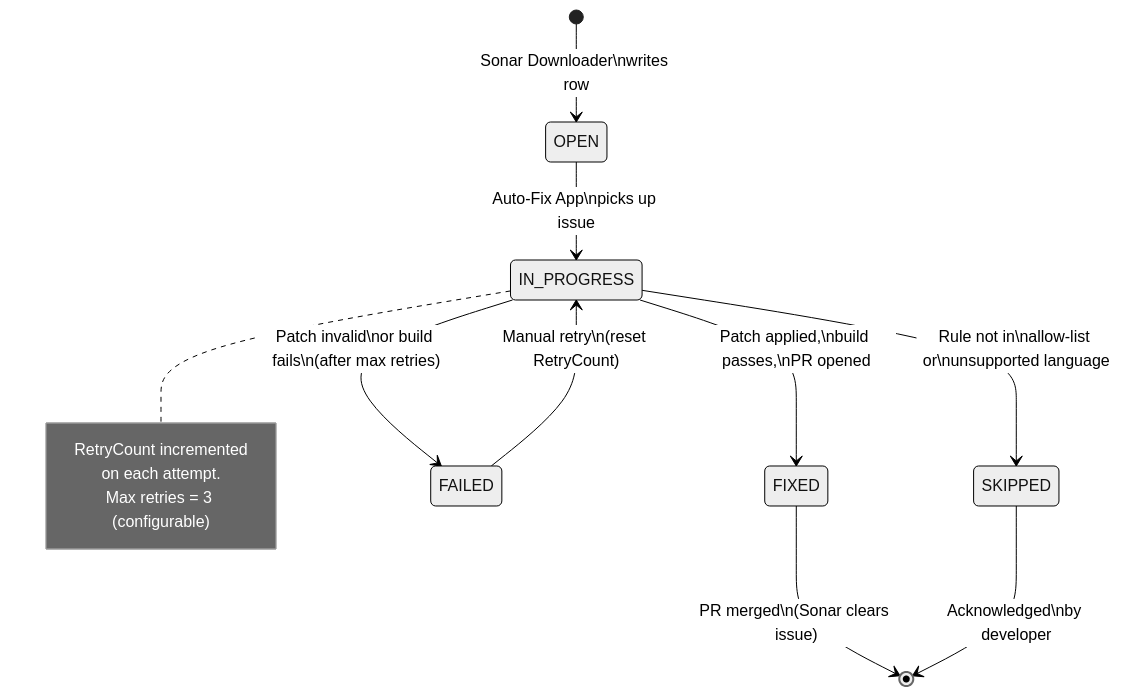
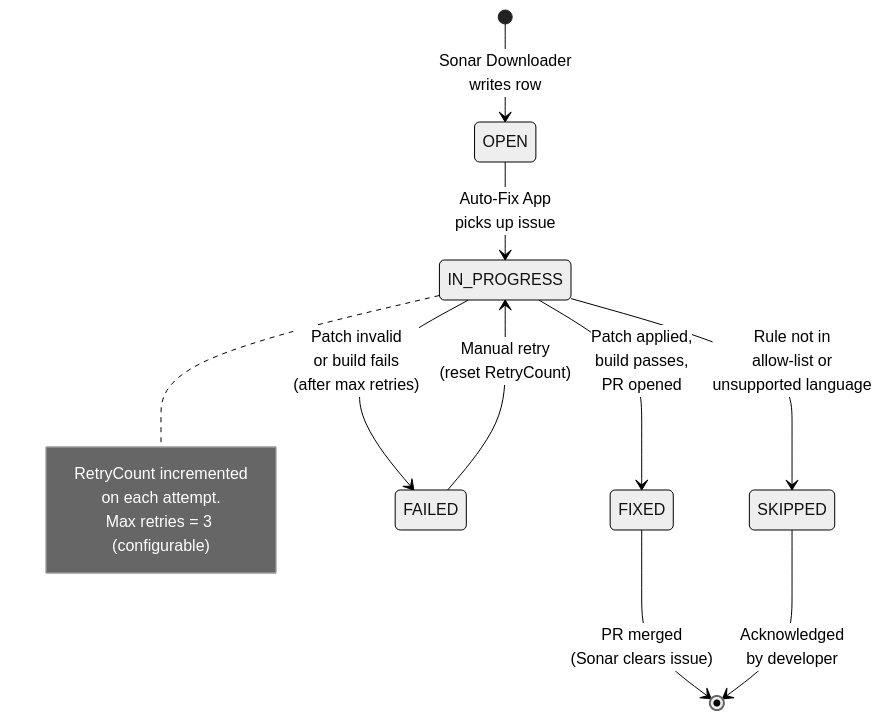
Before and after one commit to HiteshDutt/sonar-auto-fix-test: the fifth of 10 diagrams in README.md, drawn with Mermaid (neutral theme). The commit also changed other lines of this file and 1 other file, not shown here.

````diff
--- a/README.md
+++ b/README.md
@@ -190,24 +290,24 @@
 ```mermaid
 stateDiagram-v2
-    [*] --> OPEN : Sonar Downloader\nwrites row
+    [*] --> OPEN : Sonar Downloader<br/>writes row
 
-    OPEN --> IN_PROGRESS : Auto-Fix App\npicks up issue
+    OPEN --> IN_PROGRESS : Auto-Fix App<br/>picks up issue
 
-    IN_PROGRESS --> FIXED : Patch applied,\nbuild passes,\nPR opened
+    IN_PROGRESS --> FIXED : Patch applied,<br/>build passes,<br/>PR opened
 
-    IN_PROGRESS --> FAILED : Patch invalid\nor build fails\n(after max retries)
+    IN_PROGRESS --> FAILED : Patch invalid<br/>or build fails<br/>(after max retries)
 
-    IN_PROGRESS --> SKIPPED : Rule not in\nallow-list or\nunsupported language
+    IN_PROGRESS --> SKIPPED : Rule not in<br/>allow-list or<br/>unsupported language
 
-    FAILED --> IN_PROGRESS : Manual retry\n(reset RetryCount)
+    FAILED --> IN_PROGRESS : Manual retry<br/>(reset RetryCount)
 
-    FIXED --> [*] : PR merged\n(Sonar clears issue)
+    FIXED --> [*] : PR merged<br/>(Sonar clears issue)
 
-    SKIPPED --> [*] : Acknowledged\nby developer
+    SKIPPED --> [*] : Acknowledged<br/>by developer
 
     note right of IN_PROGRESS
         RetryCount incremented
         on each attempt.
         Max retries = 3 (configurable)
     end note
 ```
````
